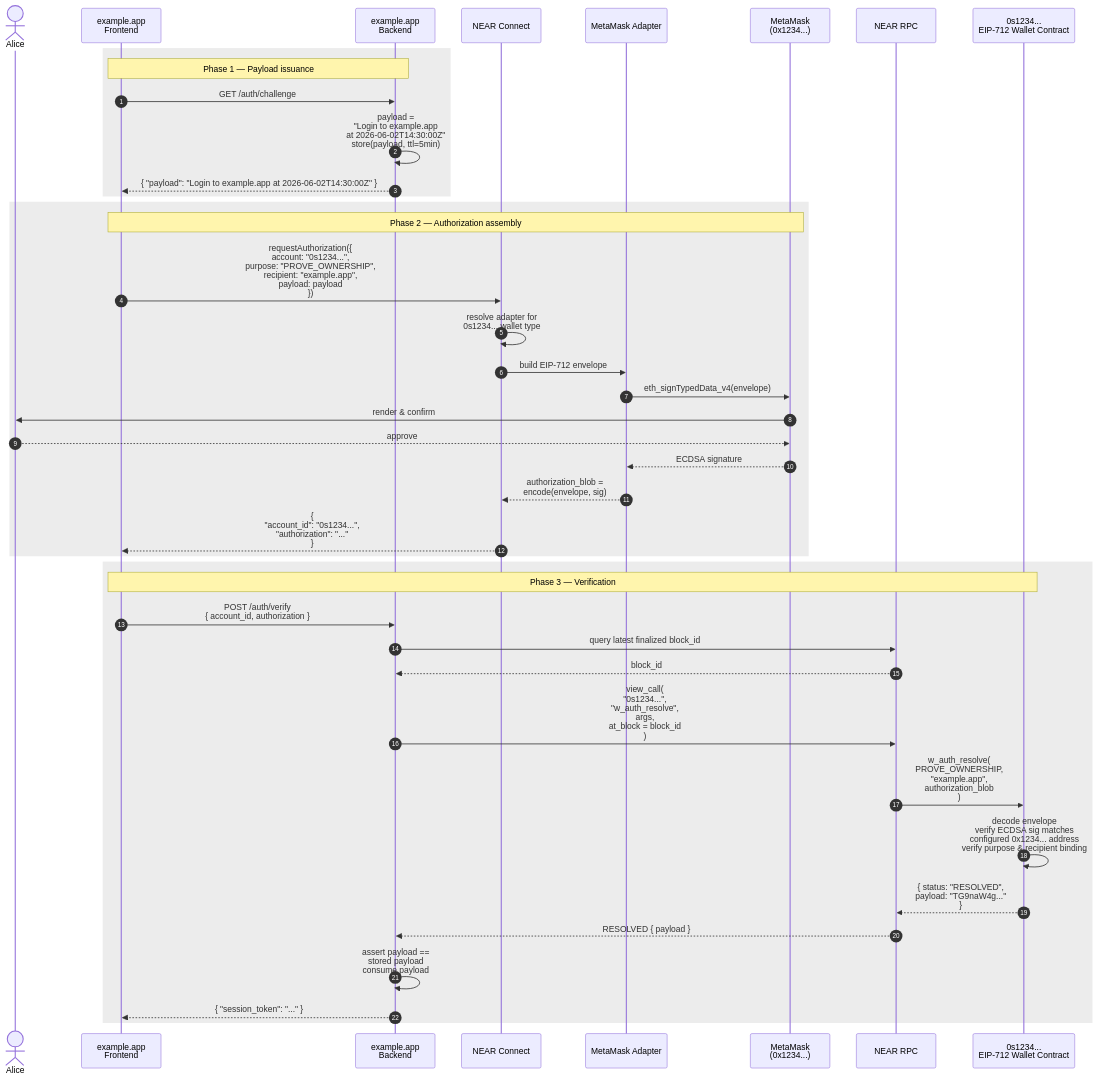
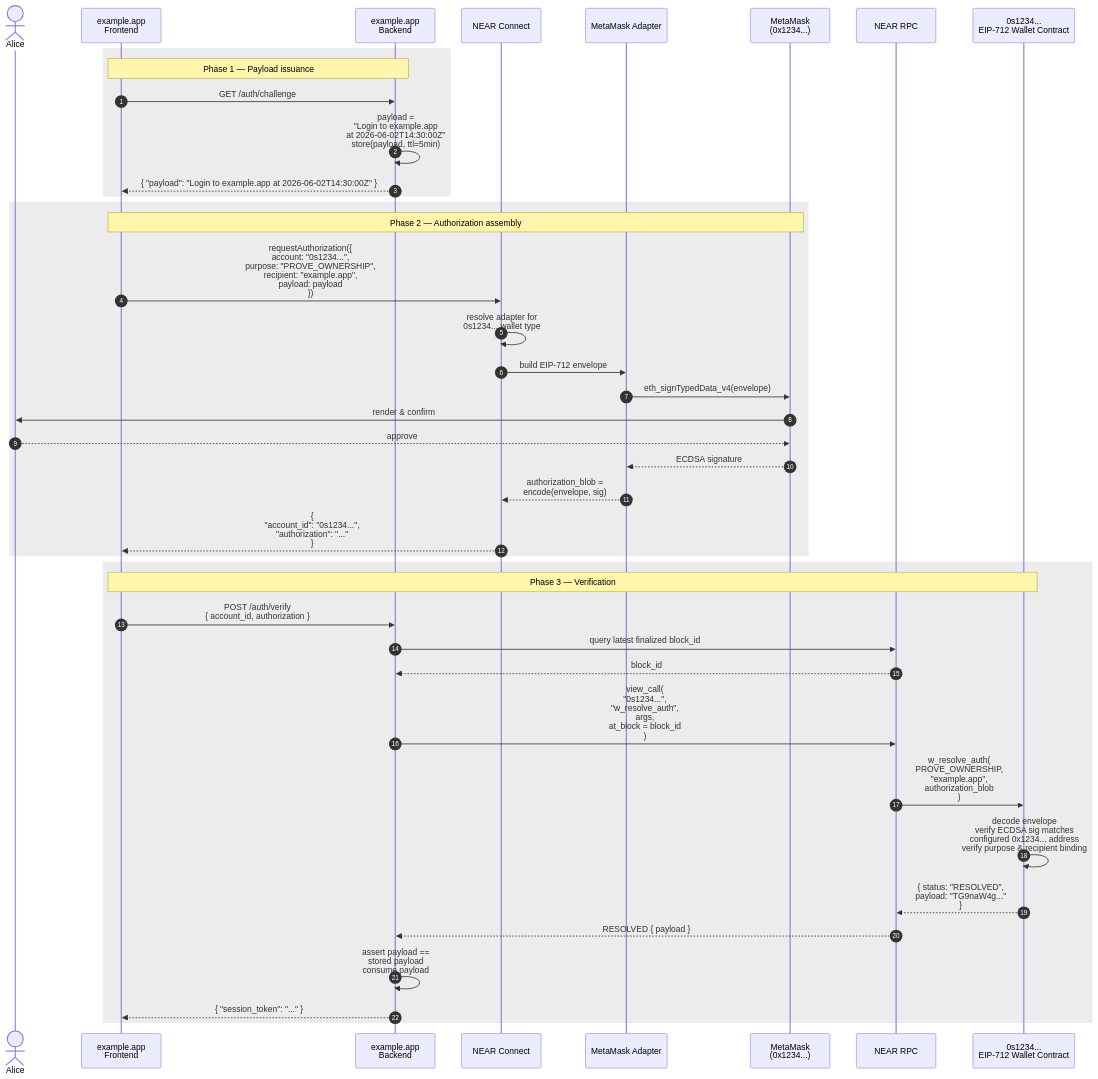
Before and after one commit to near/NEPs: the first of 4 diagrams in neps/nep-0641.md, drawn with Mermaid. The commit also changed other lines of this file, not shown here.

Commit message:
Rename view function from w_auth_resolve to w_resolve_auth

````diff
--- a/neps/nep-0641.md
+++ b/neps/nep-0641.md
@@ -384,46 +384,46 @@
 ```mermaid
 sequenceDiagram
     autonumber
     actor User as Alice
     participant FE as example.app<br/>Frontend
     participant BE as example.app<br/>Backend
     participant NC as NEAR Connect
     participant ADP as MetaMask Adapter
     participant MM as MetaMask<br/>(0x1234...)
     participant RPC as NEAR RPC
     participant WC as 0s1234...<br/>EIP-712 Wallet Contract
 
     rect rgba(127, 127, 127, 0.15)
     Note over FE,BE: Phase 1 — Payload issuance
     FE->>BE: GET /auth/challenge
     BE->>BE: payload =<br/>"Login to example.app<br/>at 2026-06-02T14:30:00Z"<br/>store(payload, ttl=5min)
     BE-->>FE: { "payload": "Login to example.app at 2026-06-02T14:30:00Z" }
     end
 
     rect rgba(127, 127, 127, 0.15)
     Note over FE,MM: Phase 2 — Authorization assembly
     FE->>NC: requestAuthorization({<br/>  account: "0s1234...",<br/>  purpose: "PROVE_OWNERSHIP",<br/>  recipient: "example.app",<br/>  payload: payload<br/>})
     NC->>NC: resolve adapter for<br/>0s1234... wallet type
     NC->>ADP: build EIP-712 envelope
     ADP->>MM: eth_signTypedData_v4(envelope)
     MM->>User: render & confirm
     User-->>MM: approve
     MM-->>ADP: ECDSA signature
     ADP-->>NC: authorization_blob =<br/>encode(envelope, sig)
     NC-->>FE: {<br/>  "account_id": "0s1234...",<br/>  "authorization": "..."<br/>}
     end
 
     rect rgba(127, 127, 127, 0.15)
     Note over FE,WC: Phase 3 — Verification
     FE->>BE: POST /auth/verify<br/>{ account_id, authorization }
     BE->>RPC: query latest finalized block_id
     RPC-->>BE: block_id
-    BE->>RPC: view_call(<br/>  "0s1234...",<br/>  "w_auth_resolve",<br/>  args,<br/>  at_block = block_id<br/>)
-    RPC->>WC: w_auth_resolve(<br/>  PROVE_OWNERSHIP,<br/>  "example.app",<br/>  authorization_blob<br/>)
+    BE->>RPC: view_call(<br/>  "0s1234...",<br/>  "w_resolve_auth",<br/>  args,<br/>  at_block = block_id<br/>)
+    RPC->>WC: w_resolve_auth(<br/>  PROVE_OWNERSHIP,<br/>  "example.app",<br/>  authorization_blob<br/>)
     WC->>WC: decode envelope<br/>verify ECDSA sig matches<br/>configured 0x1234... address<br/>verify purpose & recipient binding
     WC-->>RPC: { status: "RESOLVED",<br/>  payload: "TG9naW4g..."<br/>}
     RPC-->>BE: RESOLVED { payload }
     BE->>BE: assert payload ==<br/>stored payload<br/>consume payload
     BE-->>FE: { "session_token": "..." }
     end
 ```
````
